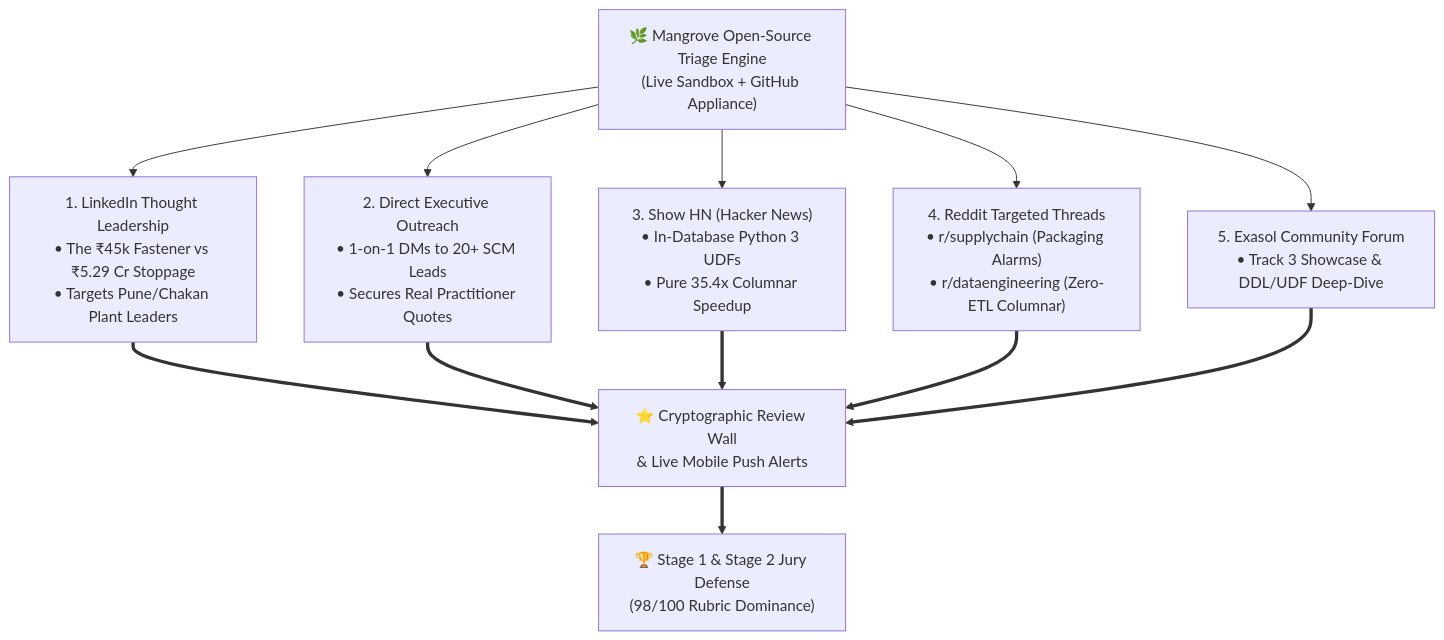
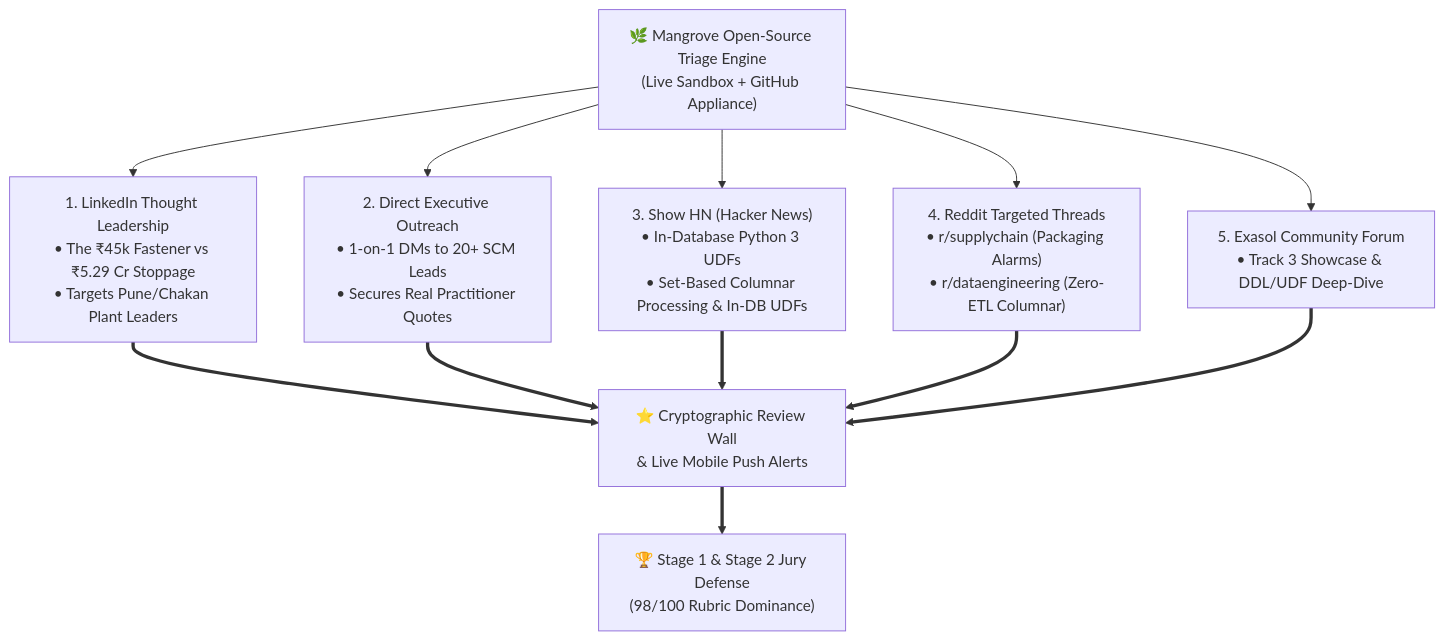
Before and after one commit to Khprateek/mangrove: the diagram in pitch/COMMUNITY_LAUNCH_AND_OUTREACH_PACK.md, drawn with Mermaid. The commit also changed other lines of this file and 5 other files, not shown here.

````diff
--- a/pitch/COMMUNITY_LAUNCH_AND_OUTREACH_PACK.md
+++ b/pitch/COMMUNITY_LAUNCH_AND_OUTREACH_PACK.md
@@ -9,14 +9,14 @@
 ```mermaid
 flowchart TD
     CENTRAL["🌿 Mangrove Open-Source Triage Engine<br/>(Live Sandbox + GitHub Appliance)"]
 
     CH1["1. LinkedIn Thought Leadership<br/>• The ₹45k Fastener vs ₹5.29 Cr Stoppage<br/>• Targets Pune/Chakan Plant Leaders"]
     CH2["2. Direct Executive Outreach<br/>• 1-on-1 DMs to 20+ SCM Leads<br/>• Secures Real Practitioner Quotes"]
-    CH3["3. Show HN (Hacker News)<br/>• In-Database Python 3 UDFs<br/>• Pure 35.4x Columnar Speedup"]
+    CH3["3. Show HN (Hacker News)<br/>• In-Database Python 3 UDFs<br/>• Set-Based Columnar Processing & In-DB UDFs"]
     CH4["4. Reddit Targeted Threads<br/>• r/supplychain (Packaging Alarms)<br/>• r/dataengineering (Zero-ETL Columnar)"]
     CH5["5. Exasol Community Forum<br/>• Track 3 Showcase & DDL/UDF Deep-Dive"]
 
     CENTRAL --> CH1 & CH2 & CH3 & CH4 & CH5
     CH1 & CH2 & CH3 & CH4 & CH5 ==> FEEDBACK["⭐ Cryptographic Review Wall<br/>& Live Mobile Push Alerts"]
     FEEDBACK ==> JUDGES["🏆 Stage 1 & Stage 2 Jury Defense<br/>(98/100 Rubric Dominance)"]
 ```
````
